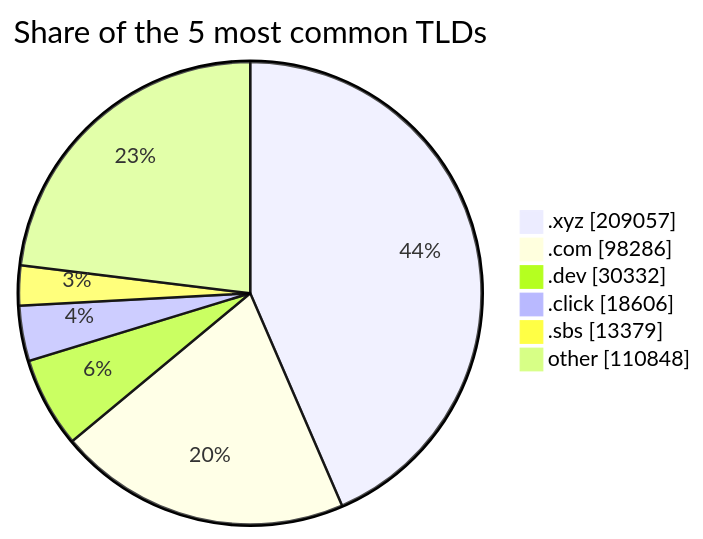
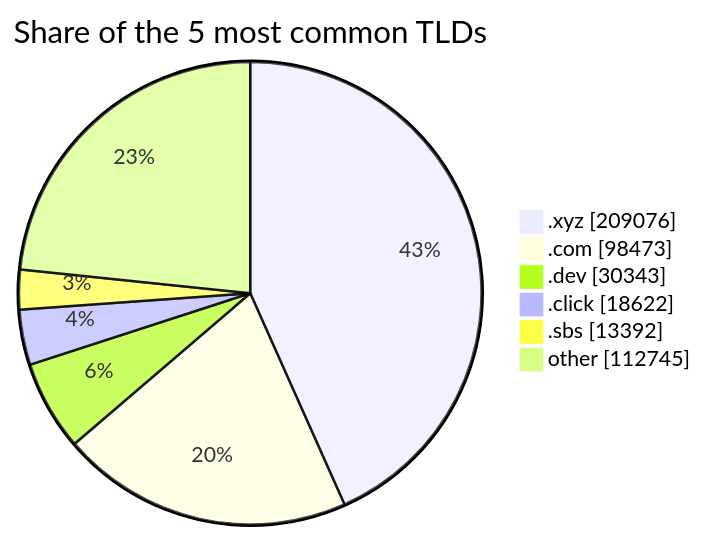
One commit to DNSBunker/CTI changed the third of 3 diagrams in README.md. Above: the diagram before and after it, drawn with Mermaid. The commit also changed other lines of this file and 3 other files, not shown here.

````diff
--- a/README.md
+++ b/README.md
@@ -81,9 +81,9 @@
 ```mermaid
 pie showData title Share of the 5 most common TLDs
-    ".xyz" : 209057
-    ".com" : 98286
-    ".dev" : 30332
-    ".click" : 18606
-    ".sbs" : 13379
-    "other" : 110848
+    ".xyz" : 209076
+    ".com" : 98473
+    ".dev" : 30343
+    ".click" : 18622
+    ".sbs" : 13392
+    "other" : 112745
 ```
````
